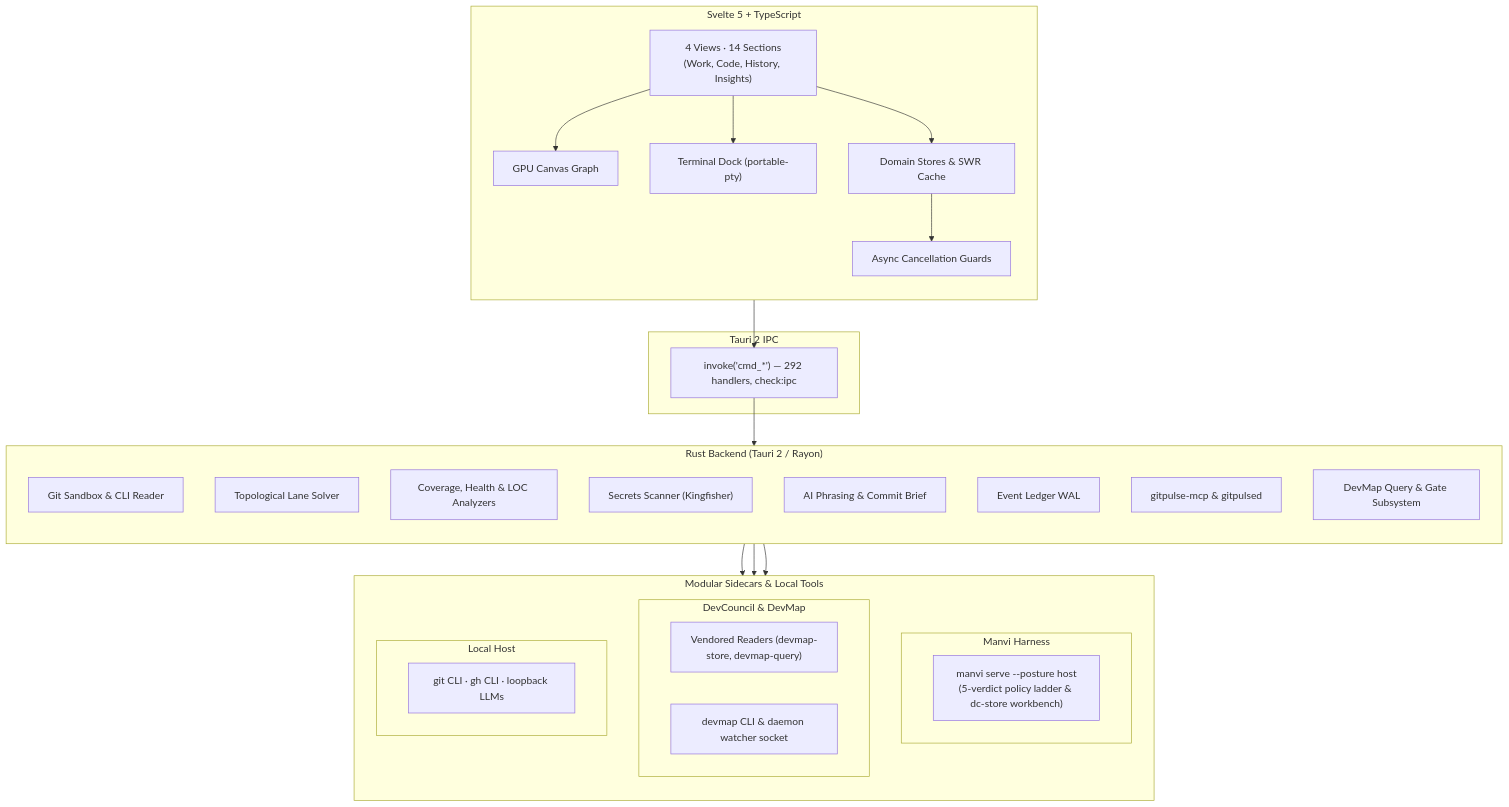
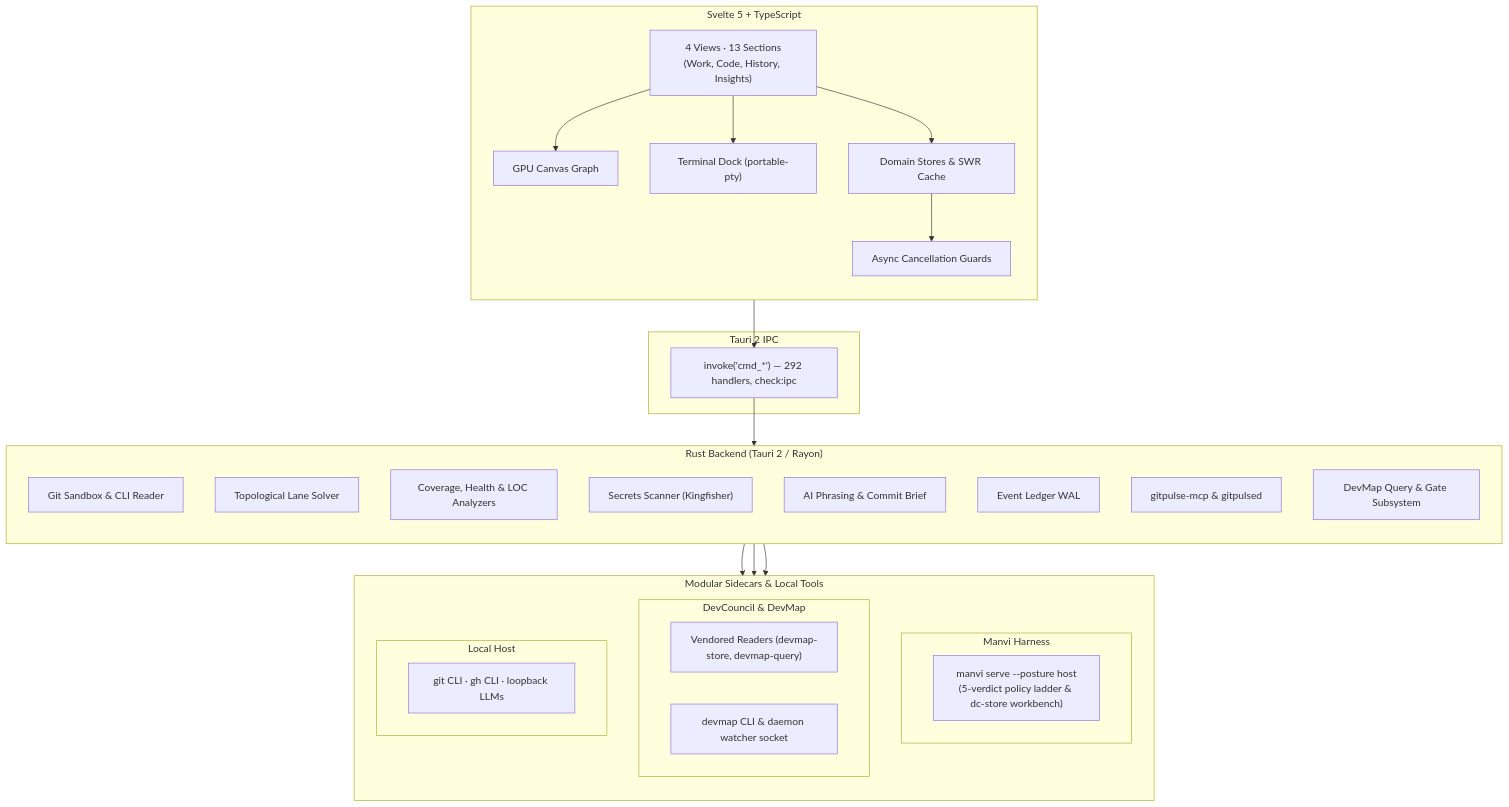
One commit to bharathvbcr/GitPulse changed the first of 2 diagrams in wiki/Architecture.md. Above: the diagram before and after it, drawn with Mermaid. The commit also changed 5 other files, not shown here.

````diff
--- a/wiki/Architecture.md
+++ b/wiki/Architecture.md
@@ -7,50 +7,50 @@
 ```mermaid
 flowchart TB
     subgraph Frontend["Svelte 5 + TypeScript"]
         direction TB
-        Views["4 Views · 14 Sections<br/>(Work, Code, History, Insights)"]
+        Views["4 Views · 13 Sections<br/>(Work, Code, History, Insights)"]
         Canvas["GPU Canvas Graph"]
         Dock["Terminal Dock (portable-pty)"]
         Stores["Domain Stores & SWR Cache"]
         Guards["Async Cancellation Guards"]
         Views --> Canvas
         Views --> Dock
         Views --> Stores --> Guards
     end
 
     subgraph IPC["Tauri 2 IPC"]
         Bridge["invoke('cmd_*') — 292 handlers, check:ipc"]
     end
 
     subgraph Backend["Rust Backend (Tauri 2 / Rayon)"]
         direction TB
         Git["Git Sandbox & CLI Reader"]
         Graph["Topological Lane Solver"]
         Analyzers["Coverage, Health & LOC Analyzers"]
         Secrets["Secrets Scanner (Kingfisher)"]
         AI["AI Phrasing & Commit Brief"]
         Ledger["Event Ledger WAL"]
         MCP["gitpulse-mcp & gitpulsed"]
         DevMapSubsys["DevMap Query & Gate Subsystem"]
     end
 
     subgraph Integrations["Modular Sidecars & Local Tools"]
         direction TB
         subgraph ManviBox["Manvi Harness"]
             Manvi["manvi serve --posture host<br/>(5-verdict policy ladder & dc-store workbench)"]
         end
         subgraph DevCouncilBox["DevCouncil & DevMap"]
             Vendored["Vendored Readers (devmap-store, devmap-query)"]
             DevMapCLI["devmap CLI & daemon watcher socket"]
         end
         subgraph LocalBox["Local Host"]
             LocalTools["git CLI · gh CLI · loopback LLMs"]
         end
     end
 
     Guards --> Bridge
     Bridge --> Backend
     Backend --> ManviBox
     Backend --> DevCouncilBox
     Backend --> LocalBox
 ```
````
